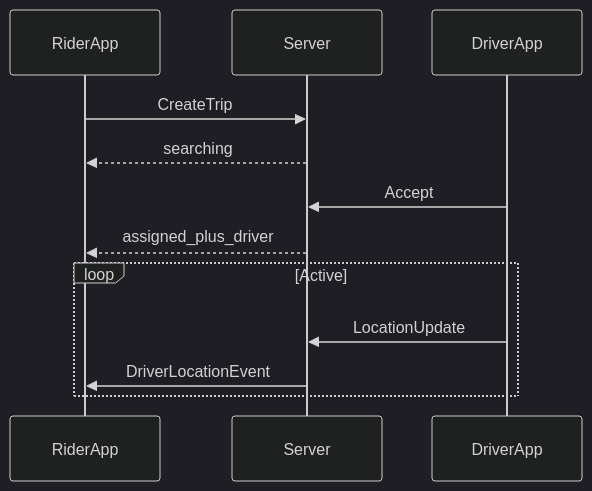
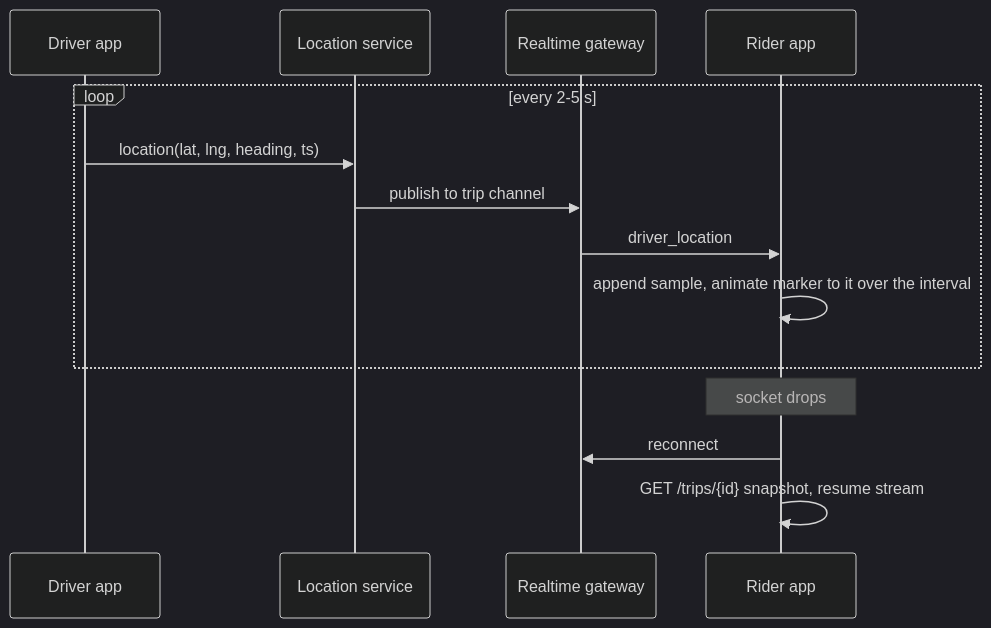
The third of 3 diagrams in book/part-3-consumer-apps/20-ride-hailing.md (yadavsandeep24/san_system_design), drawn with Mermaid (dark theme) before and after one commit. The commit also changed other lines of this file, not shown here.

````diff
--- a/book/part-3-consumer-apps/20-ride-hailing.md
+++ b/book/part-3-consumer-apps/20-ride-hailing.md
@@ -73,14 +191,16 @@
 ```mermaid
 sequenceDiagram
-  participant R as RiderApp
-  participant S as Server
-  participant D as DriverApp
-  R->>S: CreateTrip
-  S-->>R: searching
-  D->>S: Accept
-  S-->>R: assigned_plus_driver
-  loop Active
-    D->>S: LocationUpdate
-    S->>R: DriverLocationEvent
+  participant D as Driver app
+  participant L as Location service
+  participant G as Realtime gateway
+  participant R as Rider app
+  loop every 2-5 s
+    D->>L: location(lat, lng, heading, ts)
+    L->>G: publish to trip channel
+    G->>R: driver_location
+    R->>R: append sample, animate marker to it over the interval
   end
+  Note over R: socket drops
+  R->>G: reconnect
+  R->>R: GET /trips/{id} snapshot, resume stream
 ```
````
